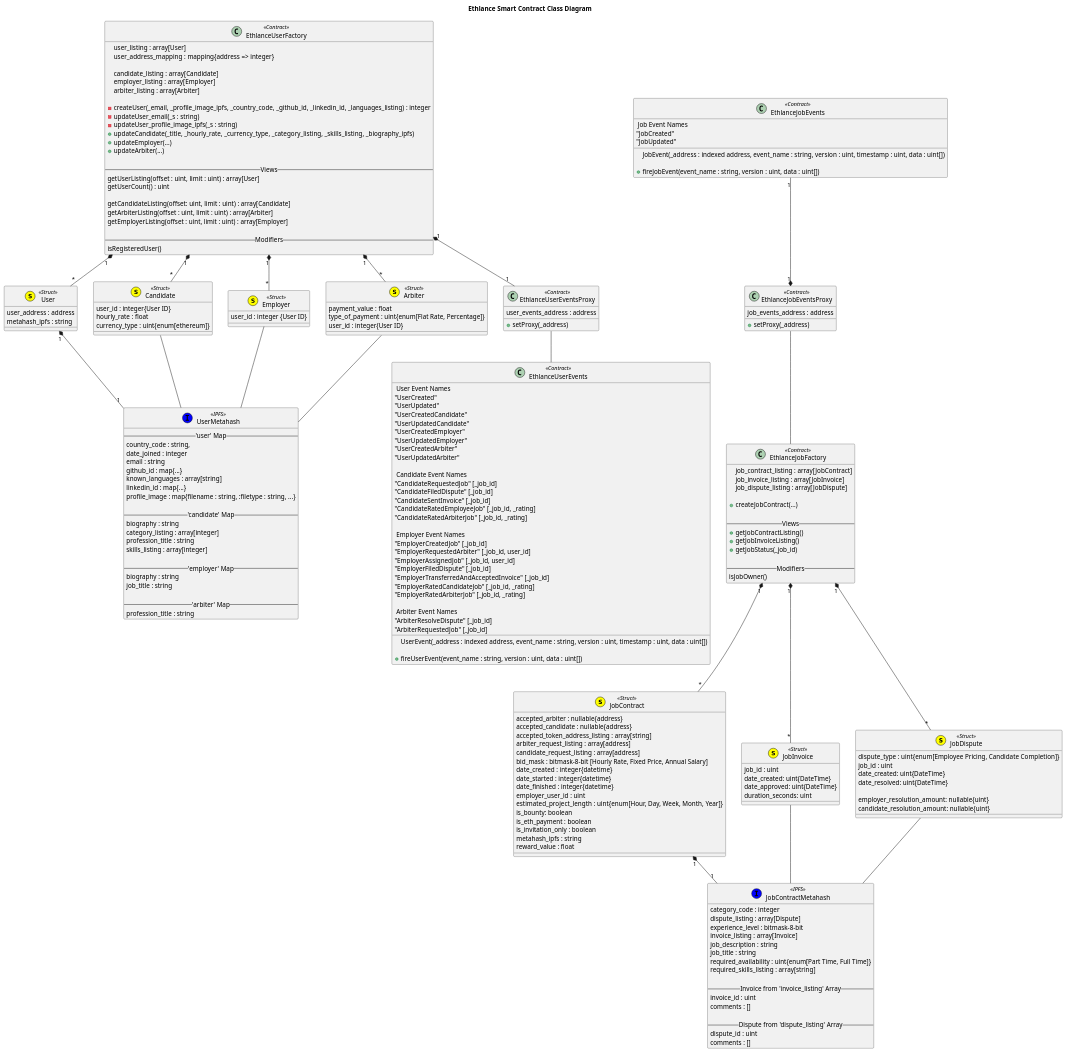
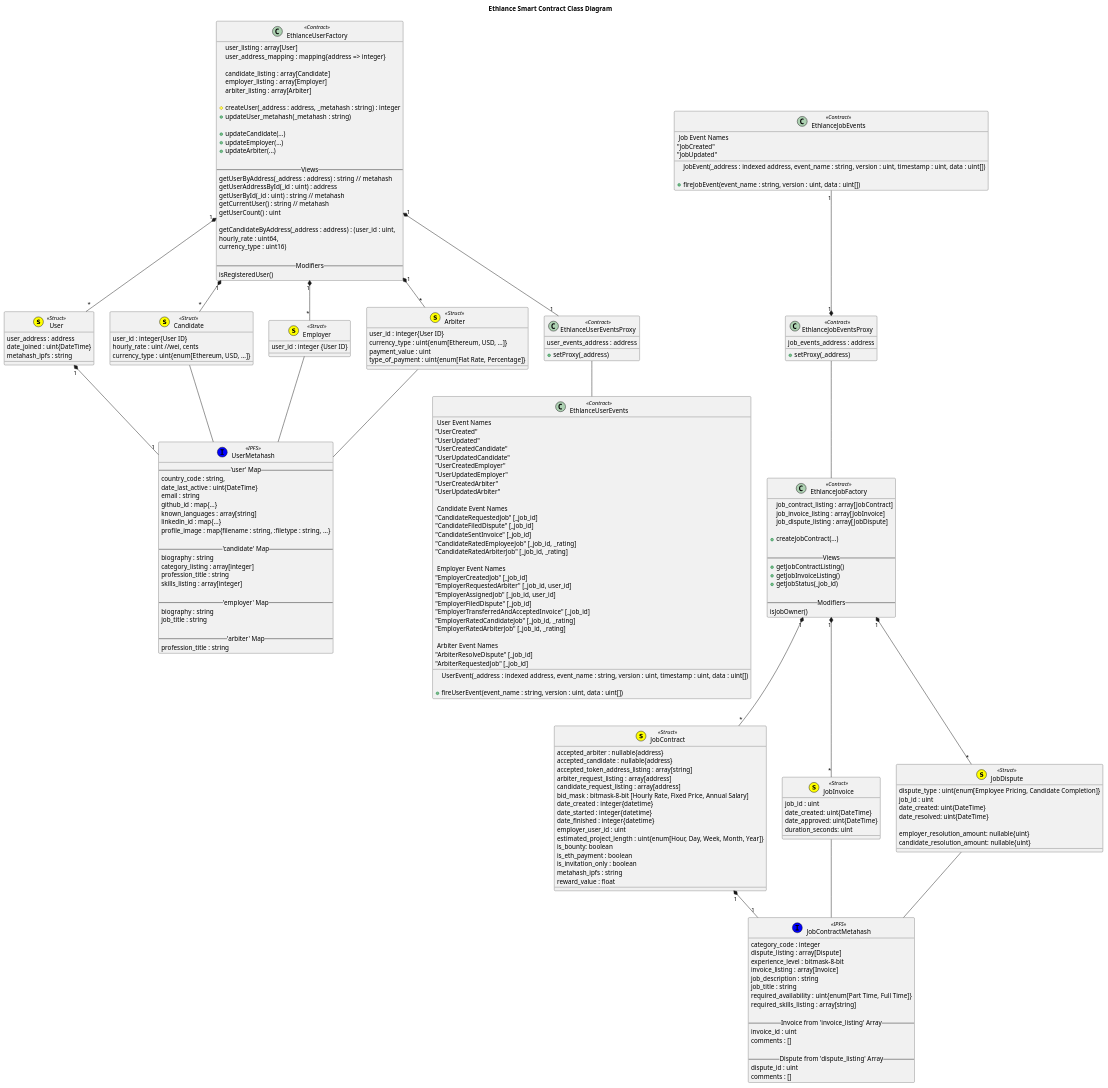
Before and after one commit to district0x/ethlance: the diagram in docs/spec/ethlance_smart_contracts.org, drawn with PlantUML. The commit also changed 3 other files, not shown here.

```diff
--- a/docs/spec/ethlance_smart_contracts.org
+++ b/docs/spec/ethlance_smart_contracts.org
@@ -72,7 +72,7 @@
   class UserMetahash << (I,blue) IPFS >> {
     -- 'user' Map --
     country_code : string,
-    date_joined : integer
+    date_last_active : uint{DateTime}
     email : string
     github_id : map{...}
     known_languages : array[string]
@@ -96,14 +96,15 @@
   User "1" *-- "1" UserMetahash
   class User << (s,yellow) Struct >> {
     user_address : address
+    date_joined : uint{DateTime}
     metahash_ipfs : string
   }
 
   Candidate -- UserMetahash
   class Candidate << (s,yellow) Struct >> {
     user_id : integer{User ID}
-    hourly_rate : float
-    currency_type : uint{enum[ethereum]}
+    hourly_rate : uint //wei, cents
+    currency_type : uint{enum[Ethereum, USD, ...]}
   }
 
   Employer -- UserMetahash
@@ -113,9 +114,10 @@
 
   Arbiter -- UserMetahash
   class Arbiter << (s,yellow) Struct >> {
-    payment_value : float
+    user_id : integer{User ID}
+    currency_type : uint{enum[Ethereum, USD, ...]}
+    payment_value : uint
     type_of_payment : uint{enum[Flat Rate, Percentage]}
-    user_id : integer{User ID}
   }
 
   EthlanceUserFactory "1" *-- "*" User
@@ -131,20 +133,23 @@
     employer_listing : array[Employer]
     arbiter_listing : array[Arbiter]
 
-    -createUser(_email, _profile_image_ipfs, _country_code, _github_id, _linkedin_id, _languages_listing) : integer
-    -updateUser_email(_s : string)
-    -updateUser_profile_image_ipfs(_s : string)
-    +updateCandidate(_title, _hourly_rate, _currency_type, _category_listing, _skills_listing, _biography_ipfs)
+    #createUser(_address : address, _metahash : string) : integer
+    +updateUser_metahash(_metahash : string)
+    
+    +updateCandidate(...)
     +updateEmployer(...)
     +updateArbiter(...)
 
     -- Views --
-    getUserListing(offset : uint, limit : uint) : array[User]
+    getUserByAddress(_address : address) : string // metahash
+    getUserAddressById(_id : uint) : address
+    getUserById(_id : uint) : string // metahash
+    getCurrentUser() : string // metahash
     getUserCount() : uint
 
-    getCandidateListing(offset: uint, limit : uint) : array[Candidate]
-    getArbiterListing(offset : uint, limit : uint) : array[Arbiter]
-    getEmployerListing(offset : uint, limit : uint) : array[Employer]
+    getCandidateByAddress(_address : address) : (user_id : uint,
+                                                 hourly_rate : uint64,
+                                                 currency_type : uint16)
 
     -- Modifiers --
     isRegisteredUser()
```
